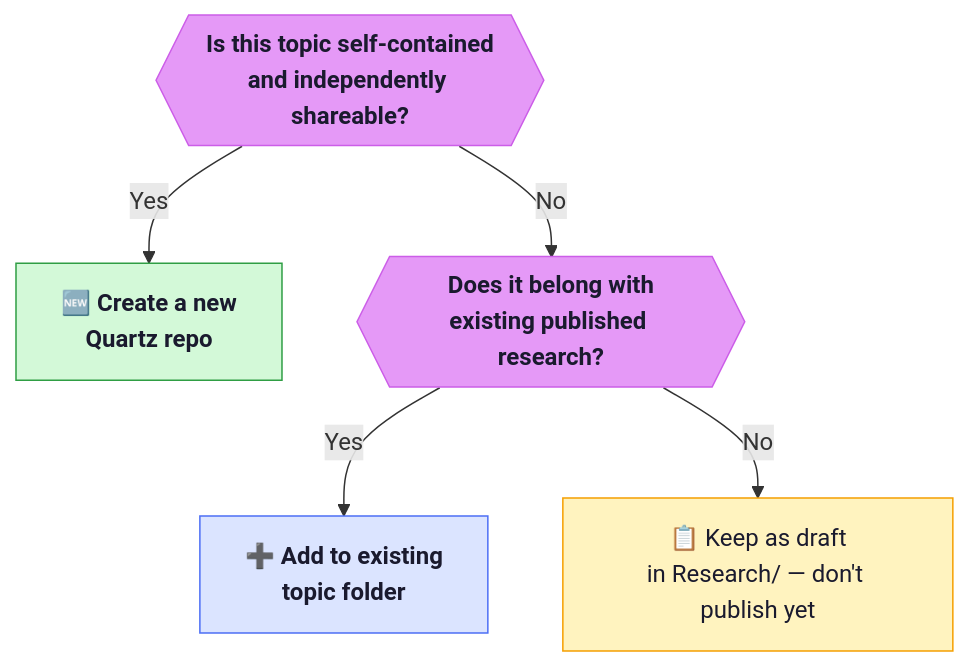
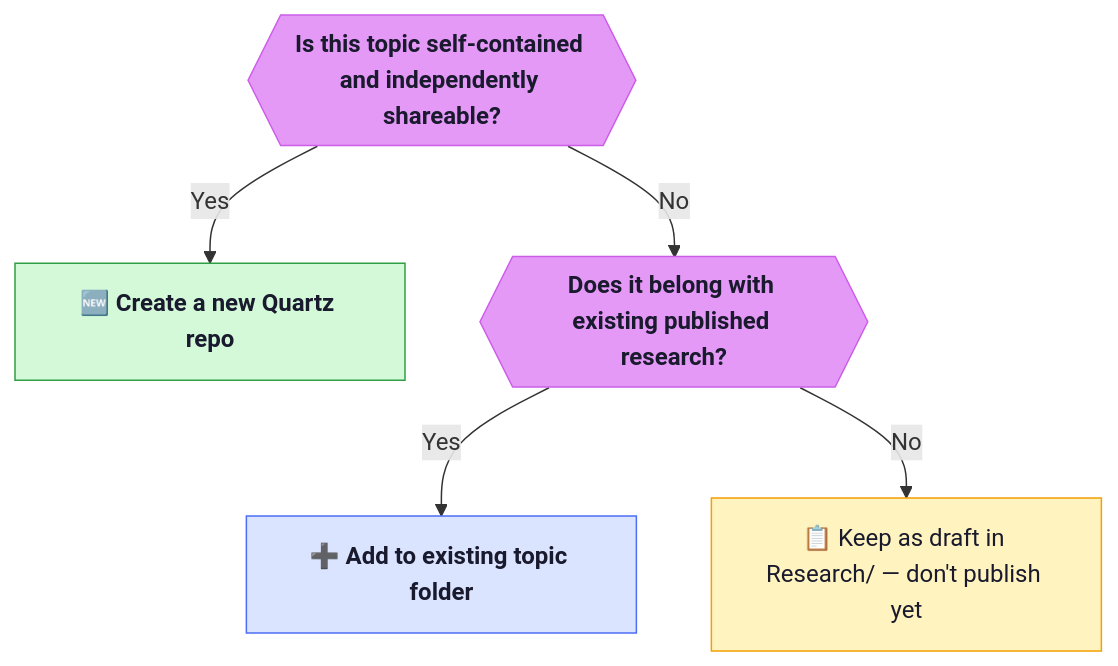
The seventh of 7 diagrams in content/Idea to Published Research (Obsidian + Quartz Workflow).md (VenkateshDas/obsidian-quartz-site), drawn with Mermaid before and after one commit. The commit also changed other lines of this file and 2 other files, not shown here.

Commit message:
sync: Obsidian → Quartz · 2026-03-26 22:44

````diff
--- a/content/Idea to Published Research (Obsidian + Quartz Workflow).md
+++ b/content/Idea to Published Research (Obsidian + Quartz Workflow).md
@@ -320,15 +326,15 @@
 ```mermaid
 flowchart TD
-    Q{{"Is this topic self-contained\nand independently shareable?"}}:::gate
+    Q{{"Is this topic self-contained and independently shareable?"}}:::gate
 
-    Q -->|"Yes"| NR["🆕 Create a new\nQuartz repo"]:::new
-    Q -->|"No"| EX{{"Does it belong with\nexisting published research?"}}:::gate
+    Q -->|"Yes"| NR["🆕 Create a new Quartz repo"]:::new
+    Q -->|"No"| EX{{"Does it belong with existing published research?"}}:::gate
 
-    EX -->|"Yes"| ADD["➕ Add to existing\ntopic folder"]:::add
-    EX -->|"No"| DRAFT["📋 Keep as draft\nin Research/ — don't publish yet"]:::draft
+    EX -->|"Yes"| ADD["➕ Add to existing topic folder"]:::add
+    EX -->|"No"| DRAFT["📋 Keep as draft in Research/ — don't publish yet"]:::draft
 
     classDef gate  fill:#e599f7,stroke:#cc5de8,color:#1a1a2e,font-weight:bold
     classDef new   fill:#d3f9d8,stroke:#2f9e44,color:#1a1a2e,font-weight:bold
     classDef add   fill:#dbe4ff,stroke:#4c6ef5,color:#1a1a2e,font-weight:bold
     classDef draft fill:#fff3bf,stroke:#f59f00,color:#1a1a2e
 ```
````
